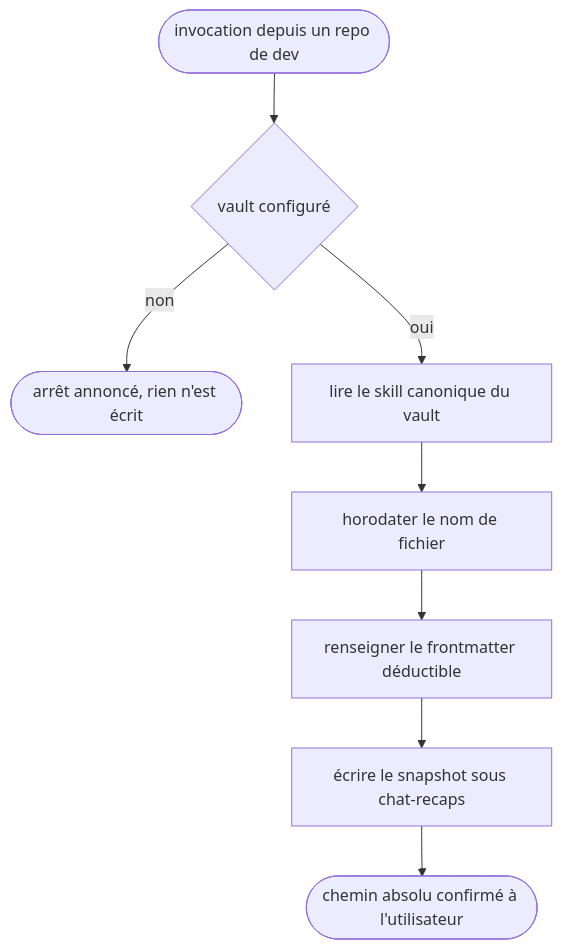
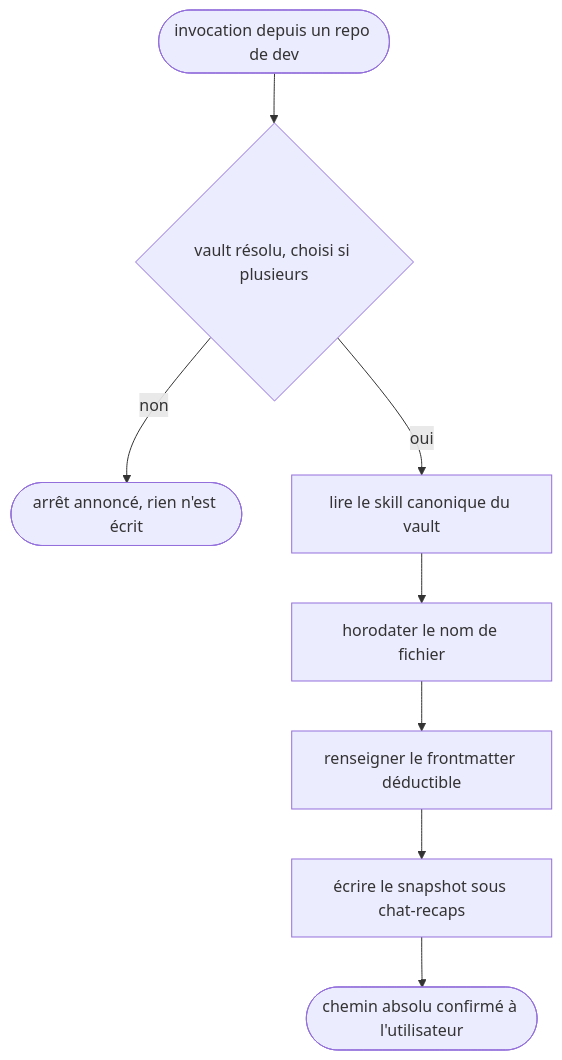
One commit to kevpdev/agent-config changed the diagram in skills/vault-recap-raisonnement/SKILL.md. Above: the diagram before and after it, drawn with Mermaid. The commit also changed other lines of this file and 9 other files, not shown here.

````diff
--- a/skills/vault-recap-raisonnement/SKILL.md
+++ b/skills/vault-recap-raisonnement/SKILL.md
@@ -20,10 +20,10 @@
 ```mermaid
 flowchart TD
-  entree([invocation depuis un repo de dev]) --> garde{vault configuré}
+  entree([invocation depuis un repo de dev]) --> garde{vault résolu, choisi si plusieurs}
   garde -->|non| arret([arrêt annoncé, rien n'est écrit])
   garde -->|oui| canonique[lire le skill canonique du vault]
   canonique --> horodatage[horodater le nom de fichier]
   horodatage --> metadonnees[renseigner le frontmatter déductible]
   metadonnees --> ecriture[écrire le snapshot sous chat-recaps]
   ecriture --> rendu([chemin absolu confirmé à l'utilisateur])
 ```
````
